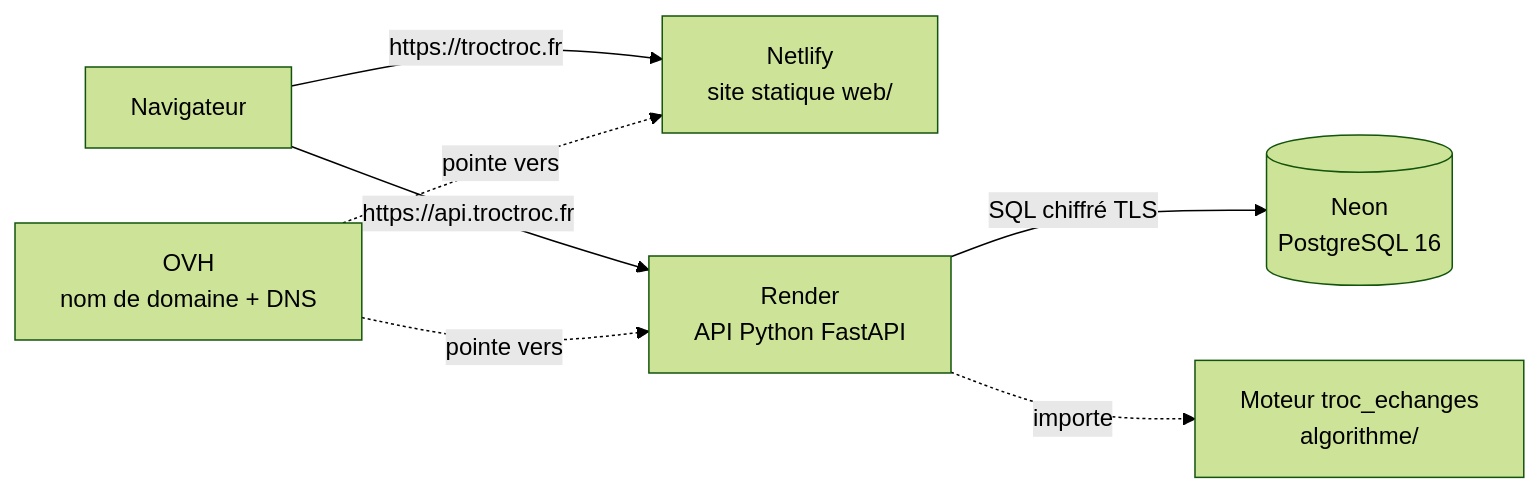
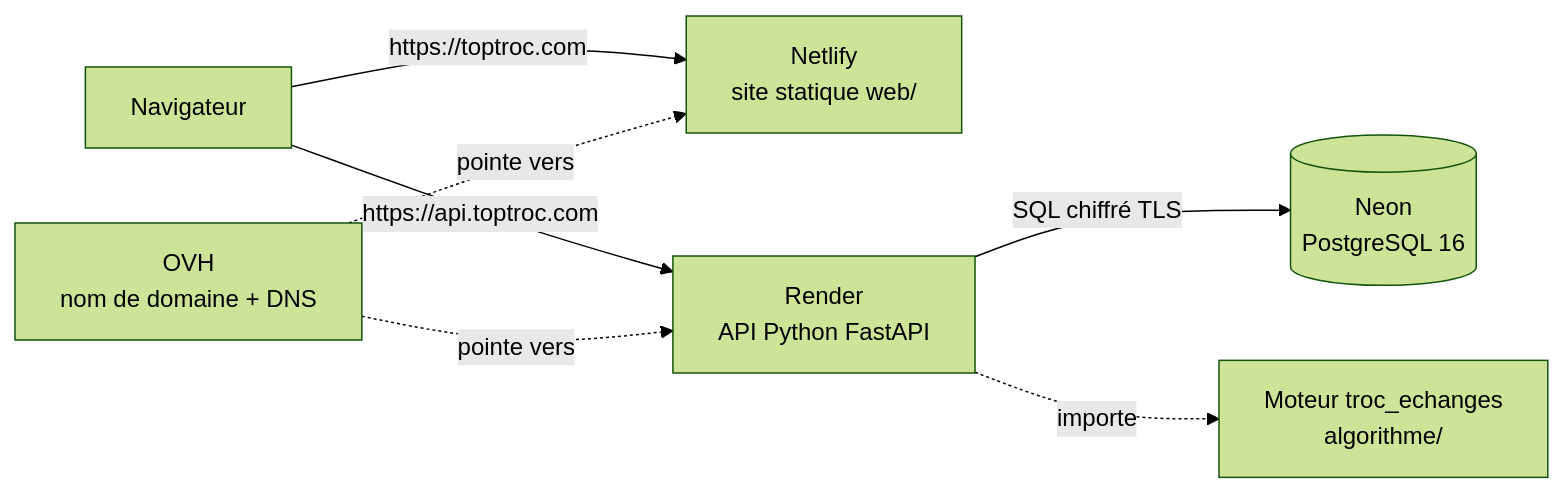
Before and after one commit to benchamply-cmyk/montroc: the first of 2 diagrams in docs/01-architecture.md, drawn with Mermaid (forest theme). The commit also changed other lines of this file and 65 other files, not shown here.

````diff
--- a/docs/01-architecture.md
+++ b/docs/01-architecture.md
@@ -5,9 +5,9 @@
 ```mermaid
 flowchart LR
-    U[Navigateur] -->|https://troctroc.fr| N[Netlify<br/>site statique web/]
-    U -->|https://api.troctroc.fr| R[Render<br/>API Python FastAPI]
+    U[Navigateur] -->|https://toptroc.com| N[Netlify<br/>site statique web/]
+    U -->|https://api.toptroc.com| R[Render<br/>API Python FastAPI]
     R -->|SQL chiffré TLS| P[(Neon<br/>PostgreSQL 16)]
     R -. importe .-> M[Moteur troc_echanges<br/>algorithme/]
     D[OVH<br/>nom de domaine + DNS] -. pointe vers .-> N
     D -. pointe vers .-> R
 ```
````
